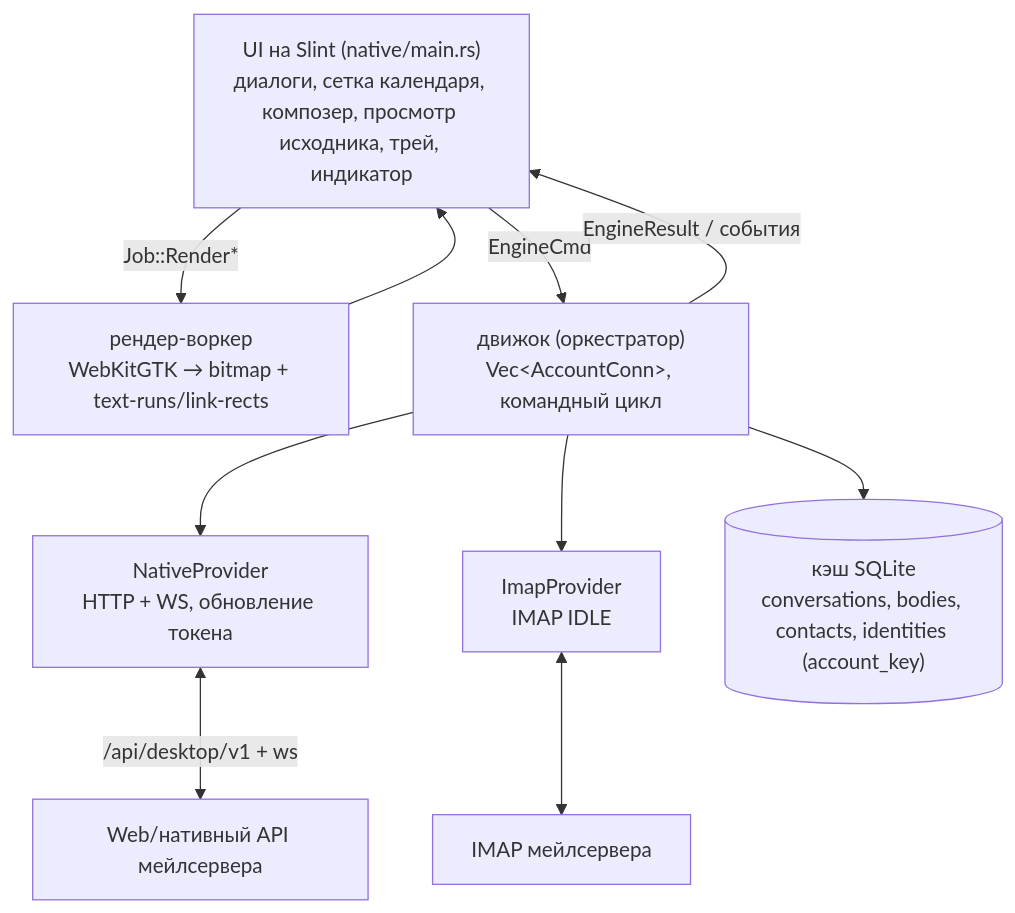
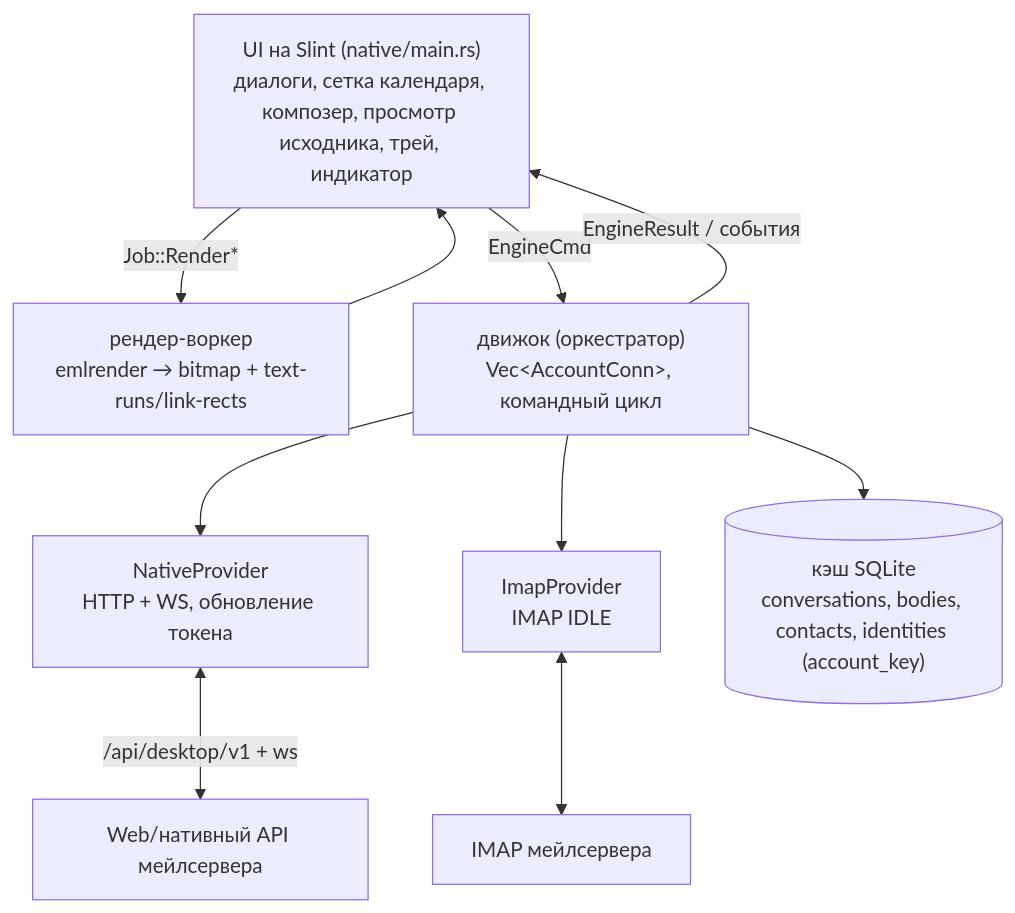
One commit to ddletotam/ddmailserver changed the fifth of 5 diagrams in docs/architecture-c4.md. Above: the diagram before and after it, drawn with Mermaid. The commit also changed other lines of this file and 11 other files, not shown here.

````diff
--- a/docs/architecture-c4.md
+++ b/docs/architecture-c4.md
@@ -157,19 +157,19 @@
 ```mermaid
 graph TD
     ui["UI на Slint (native/main.rs)<br/>диалоги, сетка календаря, композер, просмотр исходника, трей, индикатор"]
-    rworker["рендер-воркер<br/>WebKitGTK → bitmap + text-runs/link-rects"]
+    rworker["рендер-воркер<br/>emlrender → bitmap + text-runs/link-rects"]
     engine["движок (оркестратор)<br/>Vec&lt;AccountConn&gt;, командный цикл"]
     np["NativeProvider<br/>HTTP + WS, обновление токена"]
     ip["ImapProvider<br/>IMAP IDLE"]
     cache[("кэш SQLite<br/>conversations, bodies, contacts, identities (account_key)")]
 
     ui -->|"EngineCmd"| engine
     engine -->|"EngineResult / события"| ui
     ui -->|"Job::Render*"| rworker
     rworker --> ui
     engine --> np
     engine --> ip
     engine --> cache
     np <-->|"/api/desktop/v1 + ws"| webapi["Web/нативный API мейлсервера"]
     ip <--> imaps["IMAP мейлсервера"]
 ```
````
